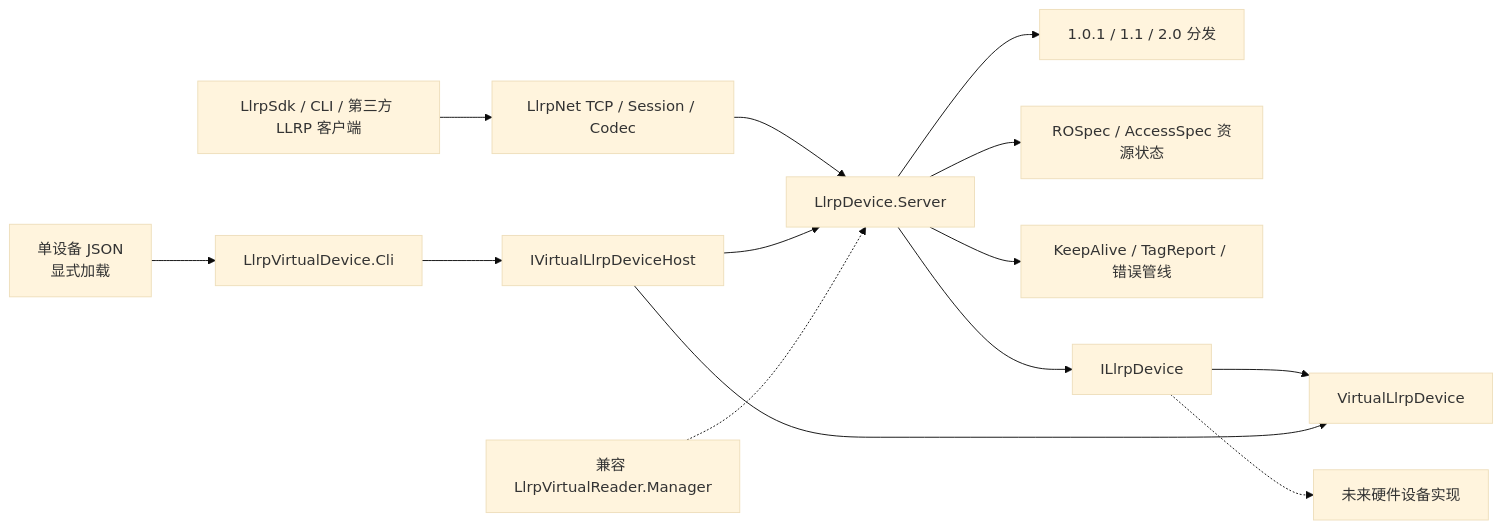
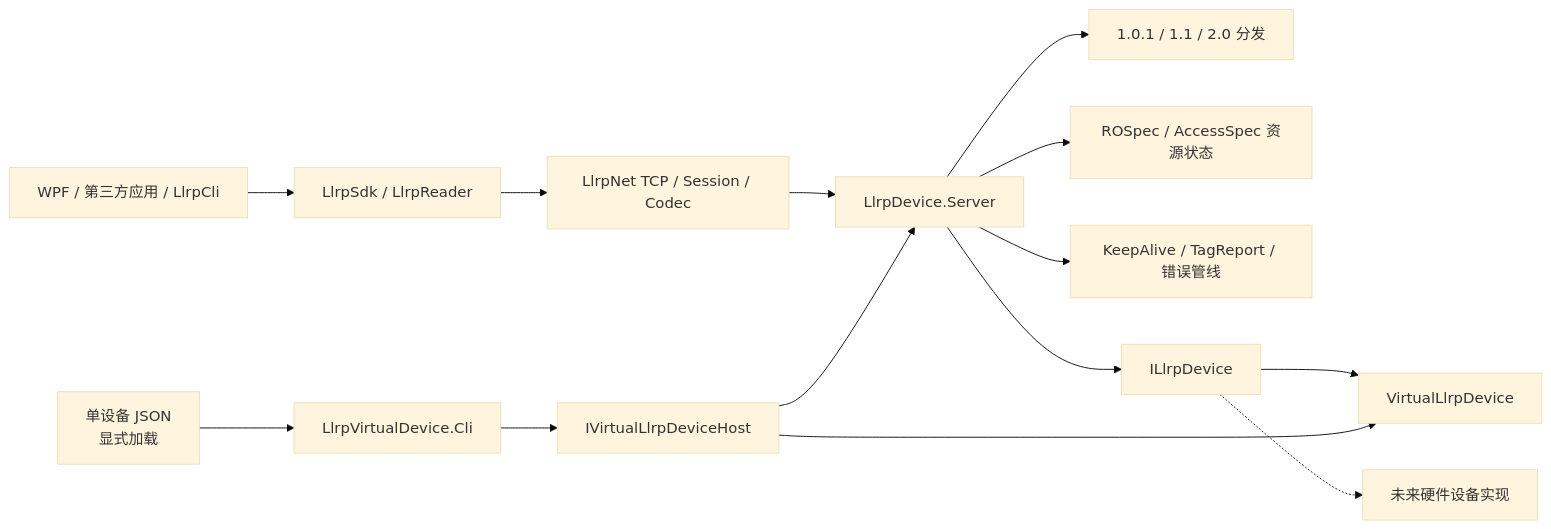
Before and after one commit to newton5555/LLRPCSharp: the first of 2 diagrams in docs/architecture/overview.zh.md, drawn with Mermaid (base theme). The commit also changed other lines of this file and 51 other files, not shown here.

Commit message:
refactor: separate client and virtual device CLI boundaries

````diff
--- a/docs/architecture/overview.zh.md
+++ b/docs/architecture/overview.zh.md
@@ -32,16 +31,16 @@
 ```mermaid
 flowchart LR
-    Client["LlrpSdk / CLI / 第三方 LLRP 客户端"] --> Net["LlrpNet TCP / Session / Codec"]
+    Client["WPF / 第三方应用 / LlrpCli"] --> SDK["LlrpSdk / LlrpReader"]
+    SDK --> Net["LlrpNet TCP / Session / Codec"]
     Net --> Server["LlrpDevice.Server"]
     Server --> Protocol["1.0.1 / 1.1 / 2.0 分发"]
     Server --> Resources["ROSpec / AccessSpec 资源状态"]
     Server --> Reports["KeepAlive / TagReport / 错误管线"]
     Server --> Contract["ILlrpDevice"]
     Contract --> Virtual["VirtualLlrpDevice"]
     Contract -.-> Physical["未来硬件设备实现"]
     Host["IVirtualLlrpDeviceHost"] --> Server
     Host --> Virtual
     DeviceCli["LlrpVirtualDevice.Cli"] --> Host
-    Manager["兼容 LlrpVirtualReader.Manager"] -.-> Server
     Config["单设备 JSON<br/>显式加载"] --> DeviceCli
 ```
````
